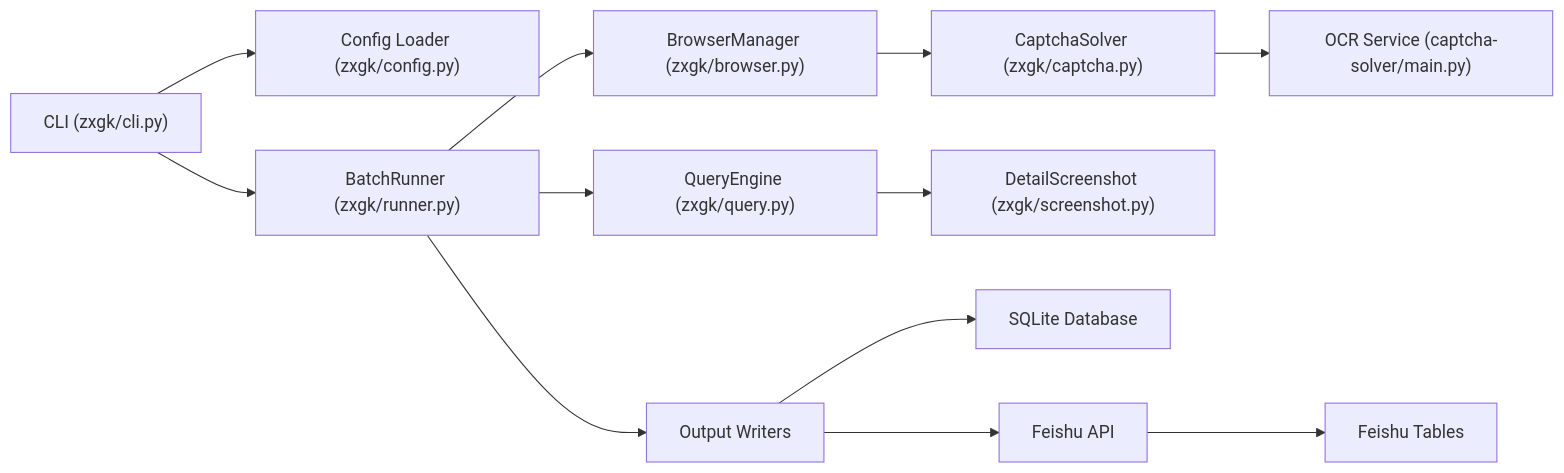
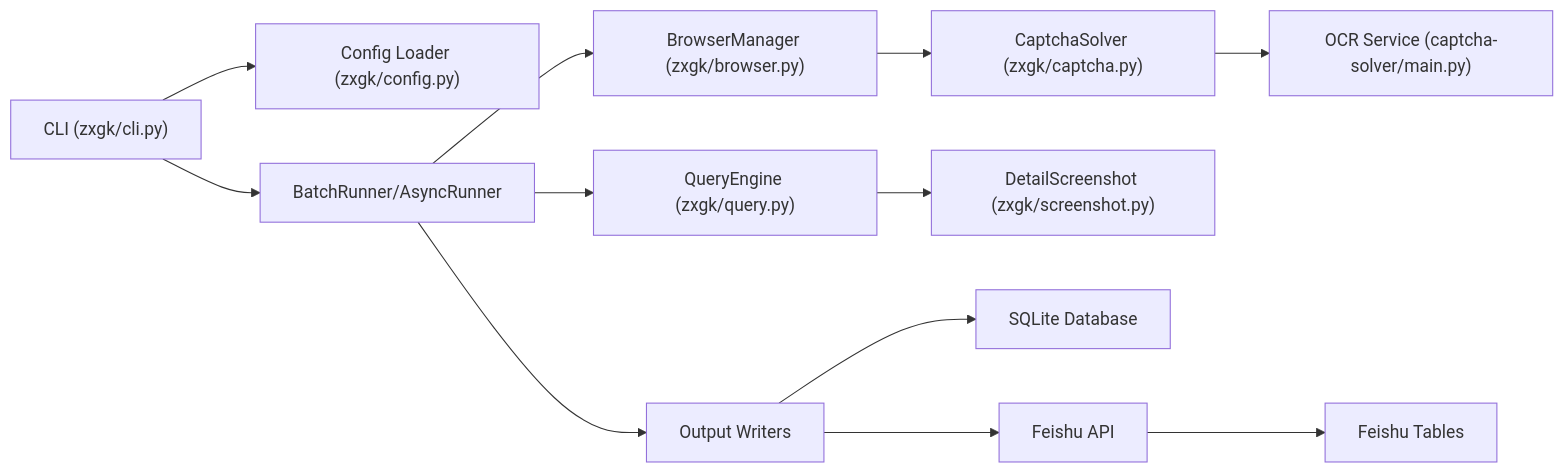
One commit to supotato-ipj/zxgk_auto_query-skill changed the ninth of 11 diagrams in .qoder/repowiki/en/content/Core Architecture/Core Architecture.md. Above: the diagram before and after it, drawn with Mermaid. The commit also changed other lines of this file and 19 other files, not shown here.

````diff
--- a/.qoder/repowiki/en/content/Core Architecture/Core Architecture.md
+++ b/.qoder/repowiki/en/content/Core Architecture/Core Architecture.md
@@ -646,14 +751,14 @@
 ```mermaid
 graph LR
 CLI["CLI (zxgk/cli.py)"] --> Config["Config Loader (zxgk/config.py)"]
-CLI --> Runner["BatchRunner (zxgk/runner.py)"]
+CLI --> Runner["BatchRunner/AsyncRunner"]
 Runner --> Browser["BrowserManager (zxgk/browser.py)"]
 Browser --> Captcha["CaptchaSolver (zxgk/captcha.py)"]
 Captcha --> OCR["OCR Service (captcha-solver/main.py)"]
 Runner --> Query["QueryEngine (zxgk/query.py)"]
 Query --> Screenshot["DetailScreenshot (zxgk/screenshot.py)"]
 Runner --> Writers["Output Writers"]
 Writers --> SQLite["SQLite Database"]
 Writers --> FeishuAPI["Feishu API"]
 FeishuAPI --> FeishuTables["Feishu Tables"]
 ```
````
